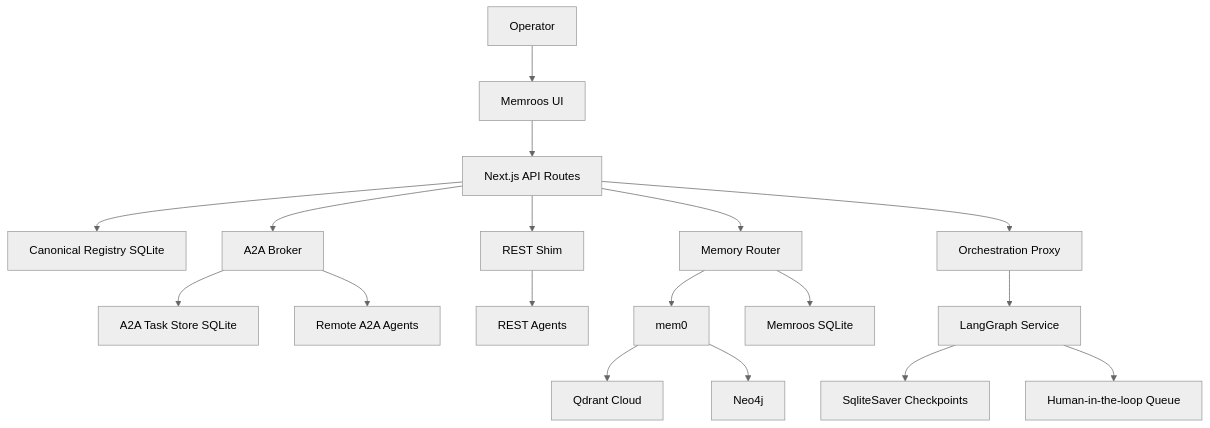
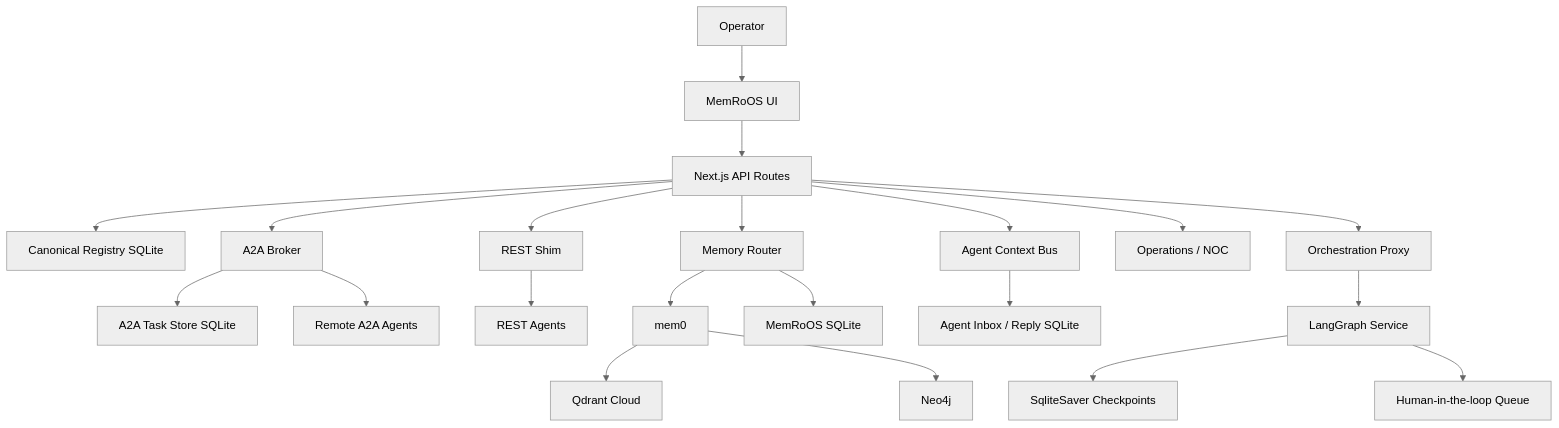
Before and after one commit to lac5q/agent-kitchen: the diagram in docs/architecture.md, drawn with Mermaid (neutral theme). The commit also changed other lines of this file and 150 other files, not shown here.

Commit message:
Complete MemRoOS GSD roadmap closeout

````diff
--- a/docs/architecture.md
+++ b/docs/architecture.md
@@ -7,21 +9,24 @@
 ```mermaid
 flowchart TB
-  Operator["Operator"] --> UI["Memroos UI"]
+  Operator["Operator"] --> UI["MemRoOS UI"]
   UI --> API["Next.js API Routes"]
   API --> Registry["Canonical Registry SQLite"]
   API --> A2A["A2A Broker"]
   API --> RestShim["REST Shim"]
   API --> Memory["Memory Router"]
+  API --> AgentBus["Agent Context Bus"]
+  API --> NOC["Operations / NOC"]
   API --> OrchestrationProxy["Orchestration Proxy"]
 
   A2A --> TaskStore["A2A Task Store SQLite"]
   A2A --> RemoteA2A["Remote A2A Agents"]
   RestShim --> RestAgents["REST Agents"]
   Memory --> Mem0["mem0"]
   Mem0 --> Qdrant["Qdrant Cloud"]
   Mem0 --> Neo4j["Neo4j"]
-  Memory --> Episodic["Memroos SQLite"]
+  Memory --> Episodic["MemRoOS SQLite"]
+  AgentBus --> Inbox["Agent Inbox / Reply SQLite"]
   OrchestrationProxy --> LangGraph["LangGraph Service"]
   LangGraph --> Checkpoints["SqliteSaver Checkpoints"]
   LangGraph --> HIL["Human-in-the-loop Queue"]
 ```
````
